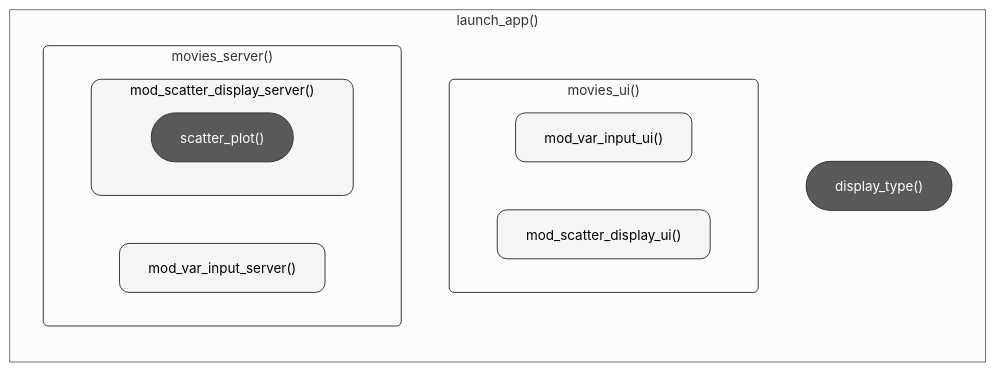
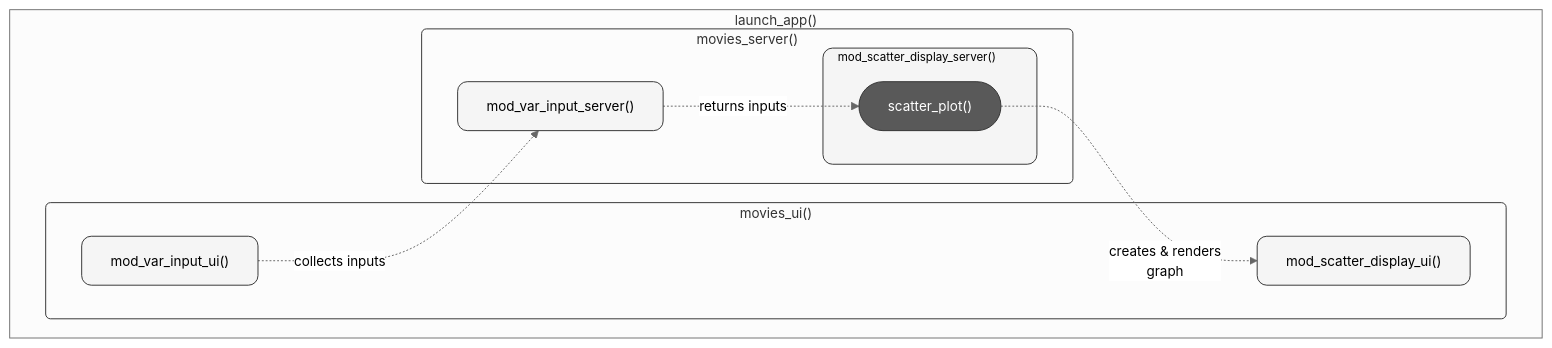
Before and after one commit to mjfrigaard/shiny-app-pkgs: the first of 4 diagrams in debug.qmd, drawn with Mermaid. The commit also changed other lines of this file and 26 other files, not shown here.

````diff
--- a/debug.qmd
+++ b/debug.qmd
@@ -122,33 +122,35 @@
 ```{mermaid}
 %%| fig-cap: 'Debugging'
 %%| fig-align: center
 %%{init: {'theme': 'neutral', 'themeVariables': { 'fontFamily': 'monospace', "fontSize":"14px"}}}%%
-flowchart LR
+flowchart TD
         subgraph launch_app["launch_app()"]
-            display_type["display_type()"]
             subgraph UI["movies_ui()"]
                 mod_var_input_ui["mod_var_input_ui()"]
                 mod_scatter_display_ui["mod_scatter_display_ui()"]
             end
             subgraph Server["movies_server()"]
                 mod_var_input_server["mod_var_input_server()"]
                 subgraph mod_scatter_display_server["mod_scatter_display_server()"]
                 scatter_plot["scatter_plot()"]
                 end
             end
         end
-
+      
+      mod_var_input_ui -.->|"collects inputs"|mod_var_input_server
+      mod_var_input_server -.->|"returns inputs"|scatter_plot
+      scatter_plot -.->|"creates & renders<br>graph"|mod_scatter_display_ui
+        
 
 style UI stroke:#333,stroke-width:1px,rx:5,ry:5
 style Server stroke:#333,stroke-width:1px,rx:5,ry:5
 
 style mod_var_input_ui color:#000,fill:#f5f5f5,stroke:#333,stroke-width:1px,rx:10,ry:10
 style mod_var_input_server color:#000,fill:#f5f5f5,stroke:#333,stroke-width:1px,rx:10,ry:10
-style mod_scatter_display_server color:#000,fill:#f5f5f5,stroke:#333,stroke-width:1px,rx:10,ry:10
+style mod_scatter_display_server color:#000,fill:#f5f5f5,stroke:#333,stroke-width:1px,rx:10,ry:10,font-size:12px
 style mod_scatter_display_ui color:#000,fill:#f5f5f5,stroke:#333,stroke-width:1px,rx:10,ry:10
 
-style display_type color:#FFF,fill:#595959,stroke:#333,stroke-width:1px,rx:25,ry:25
 style scatter_plot color:#FFF,fill:#595959,stroke:#333,stroke-width:1px,rx:25,ry:25
 
 
 ```
````
